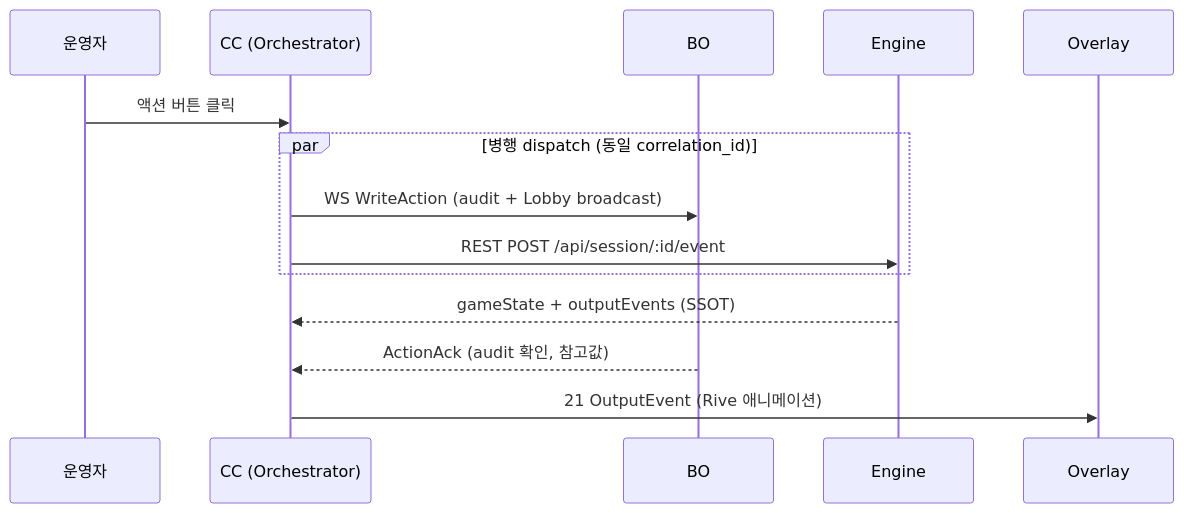
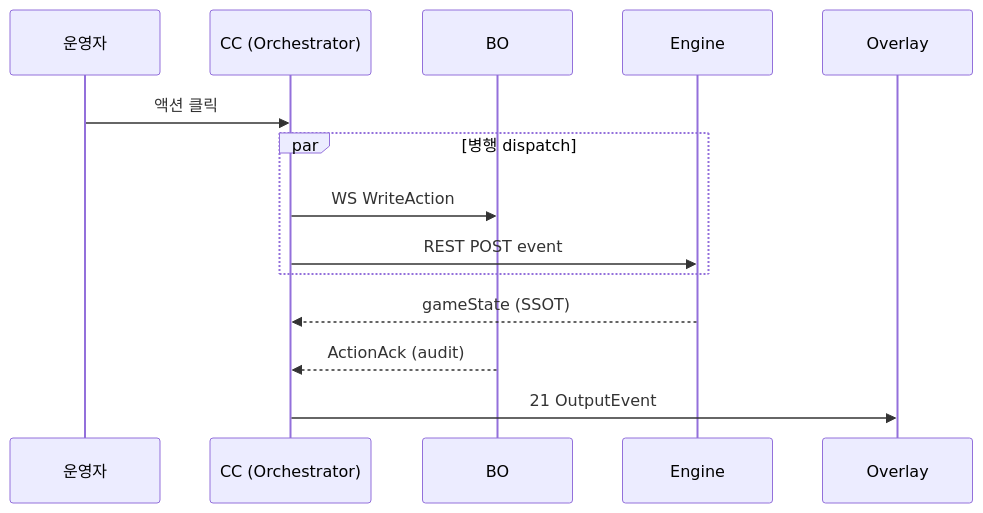
Before and after one commit to garimto81/ebs_github: the third of 5 diagrams in docs/1. Product/Foundation.md, drawn with Mermaid. The commit also changed other lines of this file, not shown here.

````diff
--- a/docs/1. Product/Foundation.md
+++ b/docs/1. Product/Foundation.md
@@ -496,16 +678,16 @@
 ```mermaid
 sequenceDiagram
     participant Op as 운영자
     participant CC as CC (Orchestrator)
     participant BO
     participant Engine
     participant Overlay
-    Op->>CC: 액션 버튼 클릭
-    par 병행 dispatch (동일 correlation_id)
-      CC->>BO: WS WriteAction (audit + Lobby broadcast)
-      CC->>Engine: REST POST /api/session/:id/event
+    Op->>CC: 액션 클릭
+    par 병행 dispatch
+      CC->>BO: WS WriteAction
+      CC->>Engine: REST POST event
     end
-    Engine-->>CC: gameState + outputEvents (SSOT)
-    BO-->>CC: ActionAck (audit 확인, 참고값)
-    CC->>Overlay: 21 OutputEvent (Rive 애니메이션)
+    Engine-->>CC: gameState (SSOT)
+    BO-->>CC: ActionAck (audit)
+    CC->>Overlay: 21 OutputEvent
 ```
````
